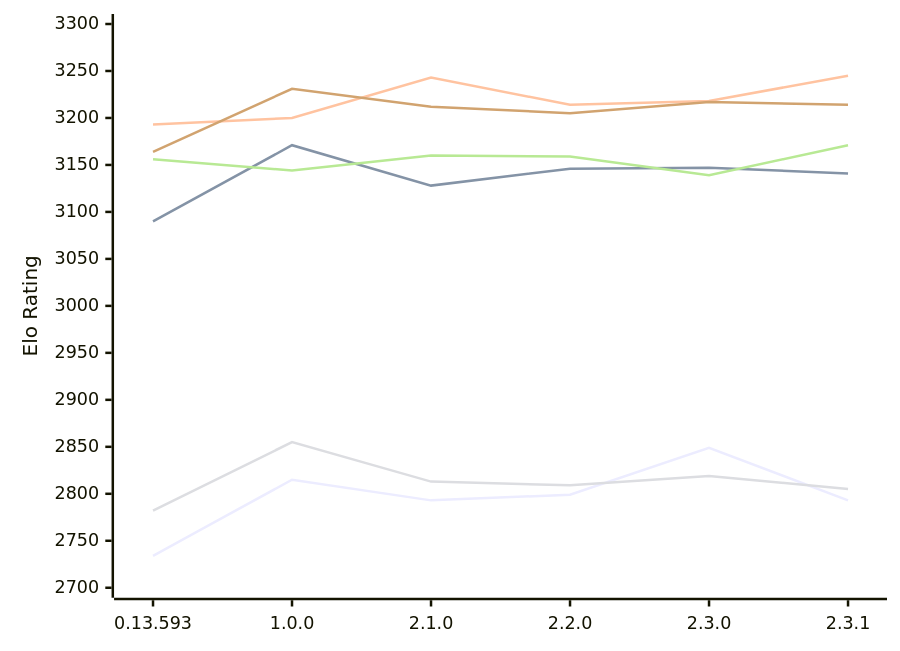
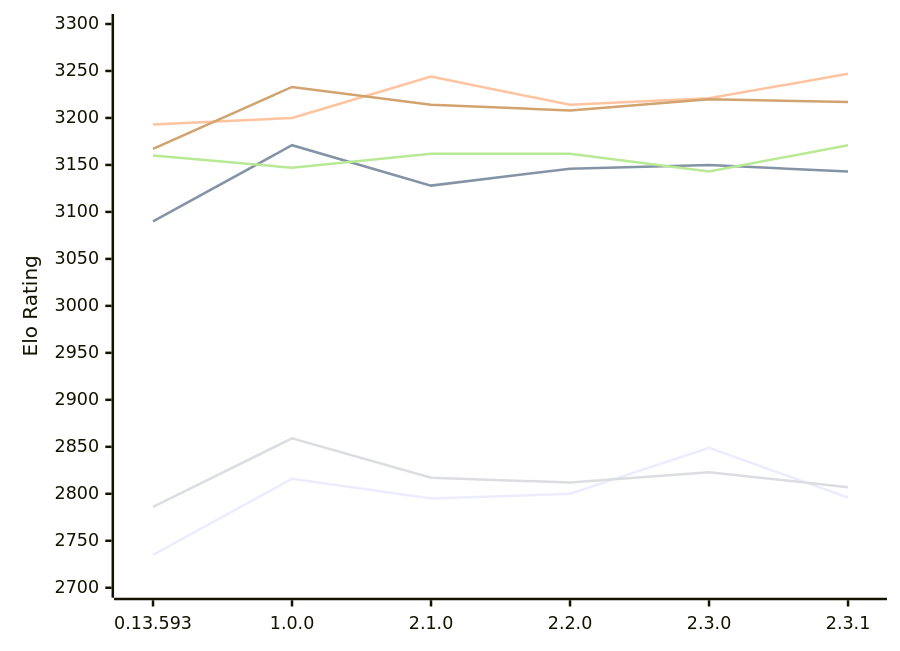
One commit to computer-chess-index/cci changed the diagram in engines/Pawnstar.md. Above: the diagram before and after it, drawn with Mermaid. The commit also changed other lines of this file, not shown here.

Commit message:
Update CCI Ratings (ELO VLTC) - 2026-11-24

````diff
--- a/engines/Pawnstar.md
+++ b/engines/Pawnstar.md
@@ -57,12 +57,12 @@
 ```mermaid
 %%{init: {"theme":"base","themeVariables":{"seriesColors:['#a3a3a3','#222221','#faa371']}}}%%
 xychart-beta
   x-axis ["0.13.593", "1.0.0", "2.1.0", "2.2.0", "2.3.0", "2.3.1"]
   y-axis "Elo Rating" 2700 --> 3300
-  line "E1: STC (8.0+0.08s)" [2734, 2815, 2793, 2799, 2849, 2793]
-  line "E1: LTC (60.0+0.60s)" [3090, 3171, 3128, 3146, 3147, 3141]
-  line "E1: VLTC (2m24s+1.12s)" [3193, 3200, 3243, 3214, 3218, 3245]
-  line "P1: STC (8.0+0.08s)" [2782, 2855, 2813, 2809, 2819, 2805]
-  line "P1: LTC (60.0+0.60s)" [3156, 3144, 3160, 3159, 3139, 3171]
-  line "P1: VLTC (2m24s+1.12s)" [3164, 3231, 3212, 3205, 3217, 3214]
+  line "E1: STC (8.0+0.08s)" [2735, 2816, 2795, 2800, 2849, 2796]
+  line "E1: LTC (60.0+0.60s)" [3090, 3171, 3128, 3146, 3150, 3143]
+  line "E1: VLTC (2m24s+1.12s)" [3193, 3200, 3244, 3214, 3221, 3247]
+  line "P1: STC (8.0+0.08s)" [2786, 2859, 2817, 2812, 2823, 2807]
+  line "P1: LTC (60.0+0.60s)" [3160, 3147, 3162, 3162, 3143, 3171]
+  line "P1: VLTC (2m24s+1.12s)" [3167, 3233, 3214, 3208, 3220, 3217]
 ```
````
